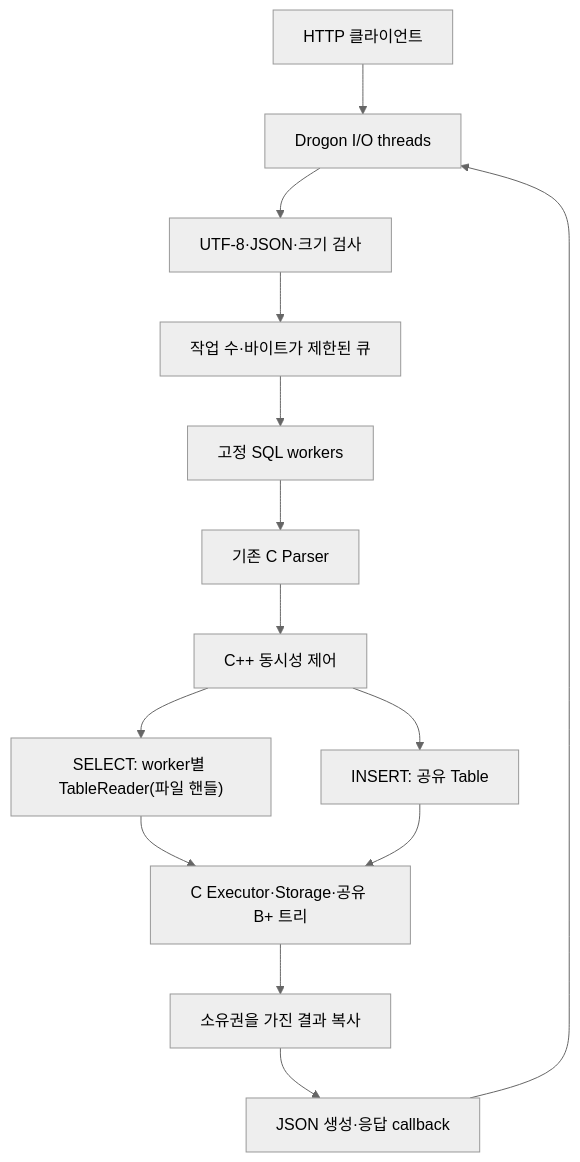
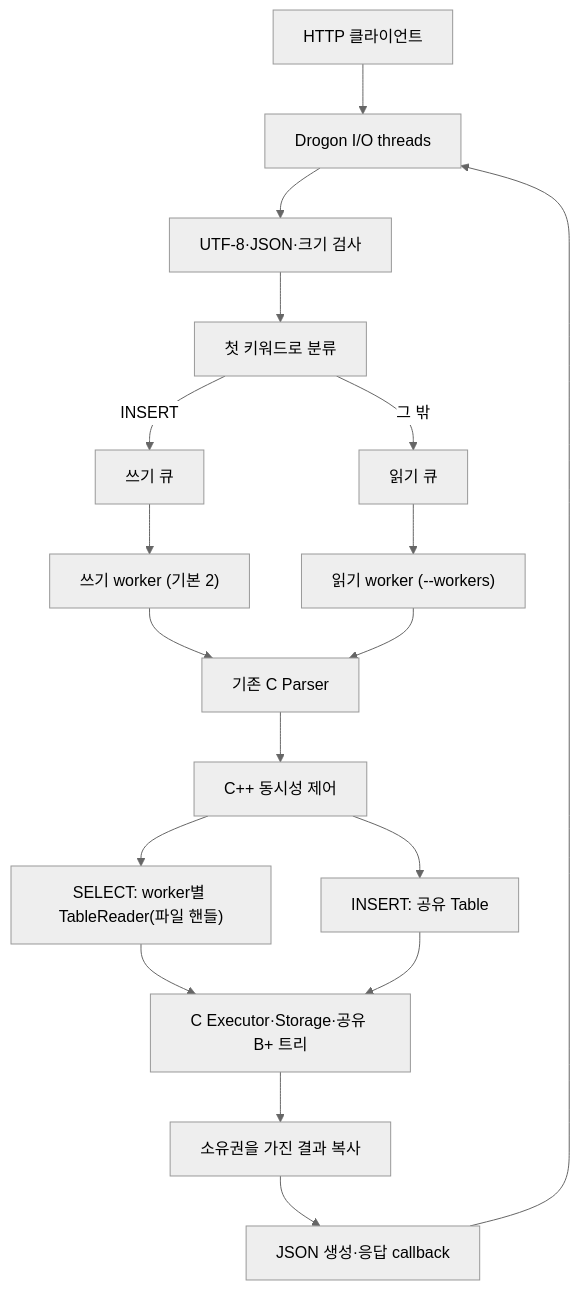
One commit to nica7410/mini-dbms changed the diagram in docs/implementation-phase3.md. Above: the diagram before and after it, drawn with Mermaid (neutral theme). The commit also changed other lines of this file and 83 other files, not shown here.

First line of the commit message:
perf(server): default to two write workers; record queue split results

````diff
--- a/docs/implementation-phase3.md
+++ b/docs/implementation-phase3.md
@@ -32,16 +32,20 @@
 ```mermaid
 flowchart TD
     Client["HTTP 클라이언트"] --> HTTP["Drogon I/O threads"]
     HTTP --> Validate["UTF-8·JSON·크기 검사"]
-    Validate --> Queue["작업 수·바이트가 제한된 큐"]
-    Queue --> Workers["고정 SQL workers"]
-    Workers --> Parse["기존 C Parser"]
+    Validate --> Classify["첫 키워드로 분류"]
+    Classify -->|INSERT| WQueue["쓰기 큐"]
+    Classify -->|그 밖| RQueue["읽기 큐"]
+    WQueue --> WWorkers["쓰기 worker (기본 2)"]
+    RQueue --> RWorkers["읽기 worker (--workers)"]
+    WWorkers --> Parse["기존 C Parser"]
+    RWorkers --> Parse
     Parse --> Gate["C++ 동시성 제어"]
     Gate --> Readers["SELECT: worker별 TableReader(파일 핸들)"]
     Gate --> Writer["INSERT: 공유 Table"]
     Readers --> CRead["C Executor·Storage·공유 B+ 트리"]
     Writer --> CRead
     CRead --> Result["소유권을 가진 결과 복사"]
     Result --> JSON["JSON 생성·응답 callback"]
     JSON --> HTTP
 ```
````
